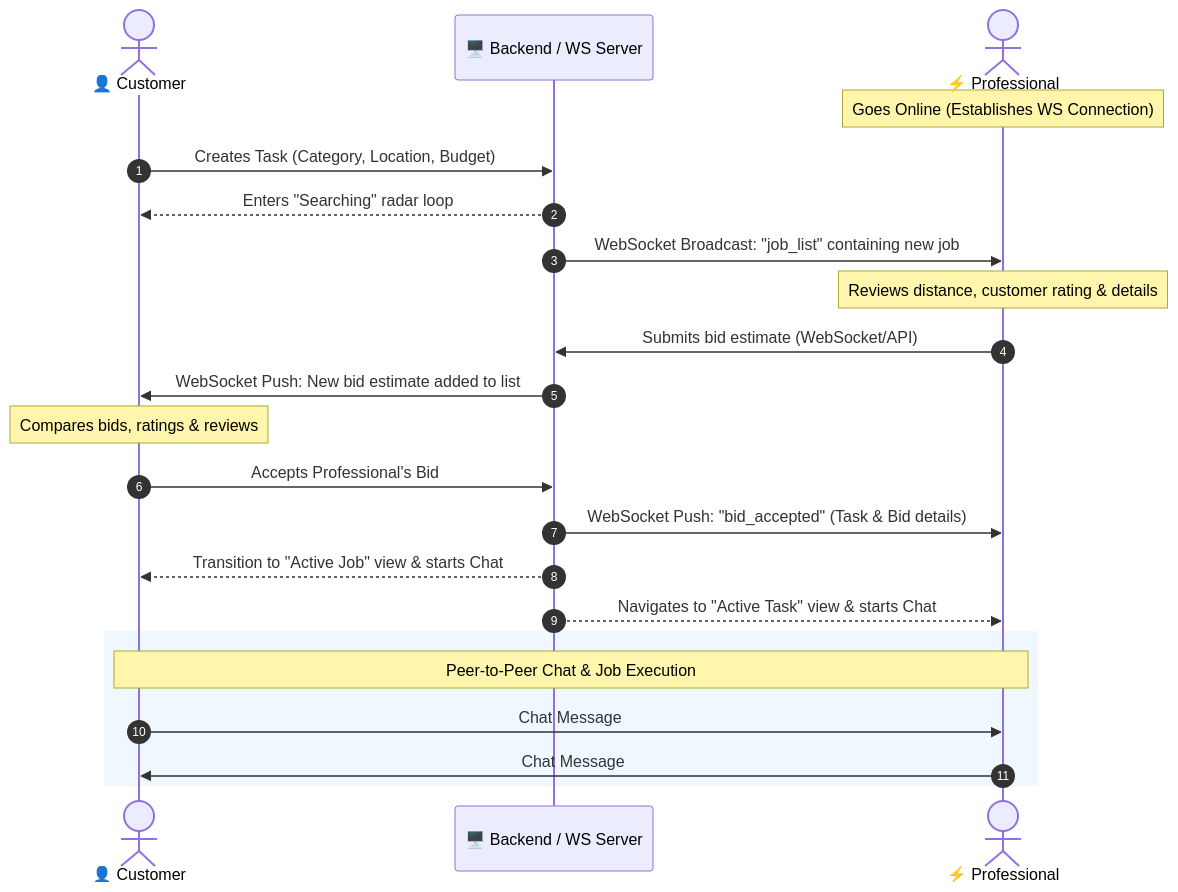
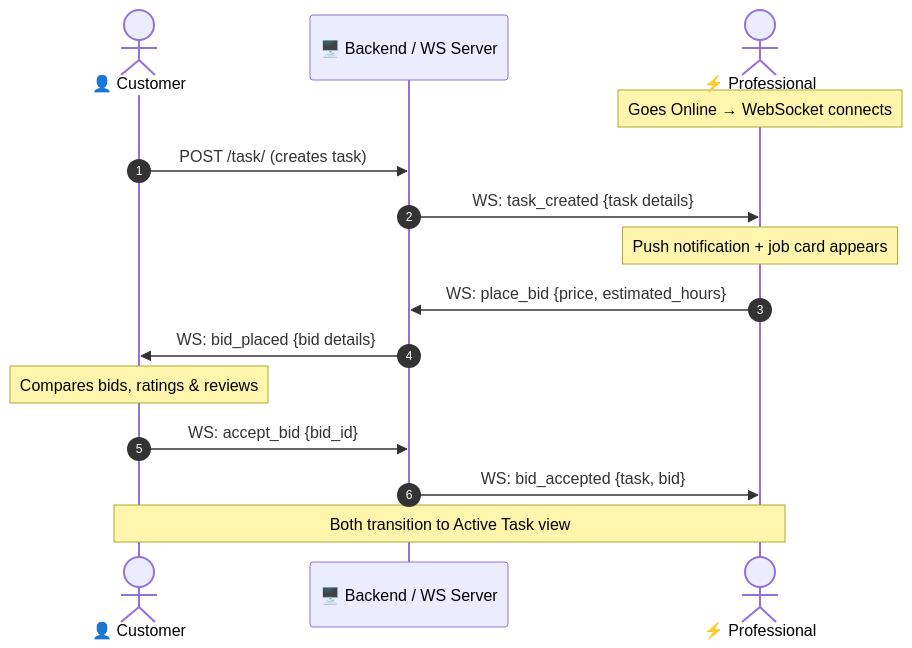
The second of 2 diagrams in README.md (Shawaiz788/HAAN), drawn with Mermaid before and after one commit. The commit also changed other lines of this file, not shown here.

````diff
--- a/README.md
+++ b/README.md
@@ -145,25 +436,18 @@
 ```mermaid
 sequenceDiagram
     autonumber
     actor Customer as 👤 Customer
     participant Server as 🖥️ Backend / WS Server
     actor Professional as ⚡ Professional
 
-    Note over Professional: Goes Online (Establishes WS Connection)
-    Customer->>Server: Creates Task (Category, Location, Budget)
-    Server-->>Customer: Enters "Searching" radar loop
-    Server->>Professional: WebSocket Broadcast: "job_list" containing new job
-    Note over Professional: Reviews distance, customer rating & details
-    Professional->>Server: Submits bid estimate (WebSocket/API)
-    Server->>Customer: WebSocket Push: New bid estimate added to list
+    Note over Professional: Goes Online → WebSocket connects
+    Customer->>Server: POST /task/ (creates task)
+    Server->>Professional: WS: task_created {task details}
+    Note over Professional: Push notification + job card appears
+    Professional->>Server: WS: place_bid {price, estimated_hours}
+    Server->>Customer: WS: bid_placed {bid details}
     Note over Customer: Compares bids, ratings & reviews
-    Customer->>Server: Accepts Professional's Bid
-    Server->>Professional: WebSocket Push: "bid_accepted" (Task & Bid details)
-    Server-->>Customer: Transition to "Active Job" view & starts Chat
-    Server-->>Professional: Navigates to "Active Task" view & starts Chat
-    rect rgb(240, 248, 255)
-        Note over Customer, Professional: Peer-to-Peer Chat & Job Execution
-        Customer->>Professional: Chat Message
-        Professional->>Customer: Chat Message
-    end
+    Customer->>Server: WS: accept_bid {bid_id}
+    Server->>Professional: WS: bid_accepted {task, bid}
+    Note over Customer, Professional: Both transition to Active Task view
 ```
````
